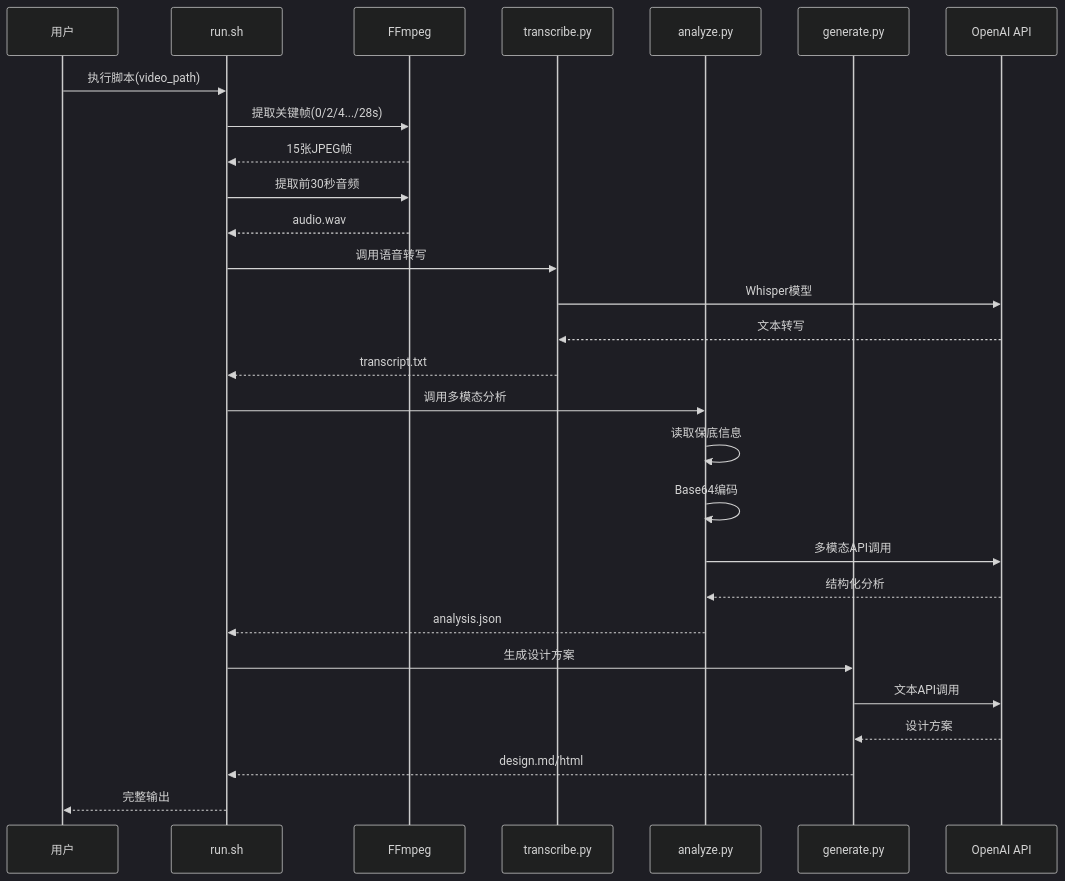
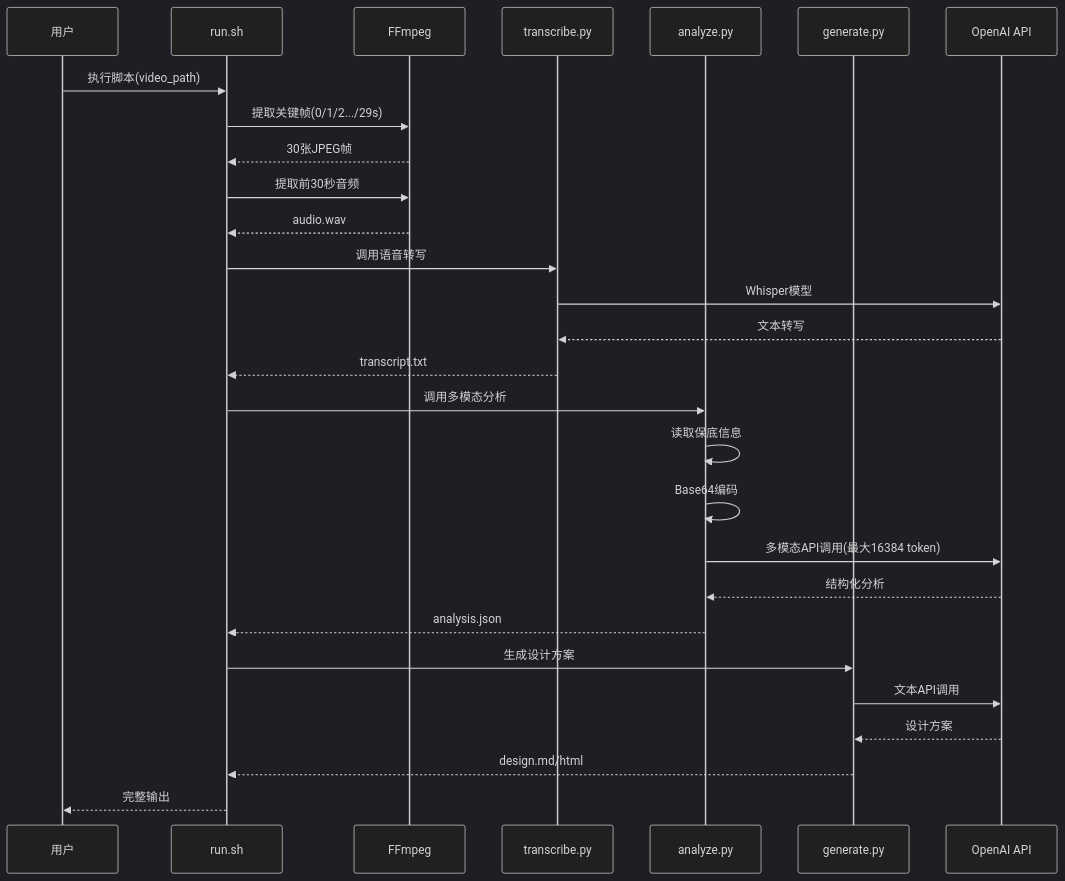
Before and after one commit to WongMingJiu/landingpage-test-hero-page: the second of 7 diagrams in .qoder/repowiki/zh/content/核心模块详解/多模态分析模块.md, drawn with Mermaid (dark theme). The commit also changed other lines of this file and 7 other files, not shown here.

````diff
--- a/.qoder/repowiki/zh/content/核心模块详解/多模态分析模块.md
+++ b/.qoder/repowiki/zh/content/核心模块详解/多模态分析模块.md
@@ -120,30 +126,30 @@
 ```mermaid
 sequenceDiagram
 participant User as 用户
 participant Runner as run.sh
 participant FFmpeg as FFmpeg
 participant Transcriber as transcribe.py
 participant Analyzer as analyze.py
 participant Generator as generate.py
 participant OpenAI as OpenAI API
 User->>Runner : 执行脚本(video_path)
-Runner->>FFmpeg : 提取关键帧(0/2/4.../28s)
-FFmpeg-->>Runner : 15张JPEG帧
+Runner->>FFmpeg : 提取关键帧(0/1/2.../29s)
+FFmpeg-->>Runner : 30张JPEG帧
 Runner->>FFmpeg : 提取前30秒音频
 FFmpeg-->>Runner : audio.wav
 Runner->>Transcriber : 调用语音转写
 Transcriber->>OpenAI : Whisper模型
 OpenAI-->>Transcriber : 文本转写
 Transcriber-->>Runner : transcript.txt
 Runner->>Analyzer : 调用多模态分析
 Analyzer->>Analyzer : 读取保底信息
 Analyzer->>Analyzer : Base64编码
-Analyzer->>OpenAI : 多模态API调用
+Analyzer->>OpenAI : 多模态API调用(最大16384 token)
 OpenAI-->>Analyzer : 结构化分析
 Analyzer-->>Runner : analysis.json
 Runner->>Generator : 生成设计方案
 Generator->>OpenAI : 文本API调用
 OpenAI-->>Generator : 设计方案
 Generator-->>Runner : design.md/html
 Runner-->>User : 完整输出
 ```
````
